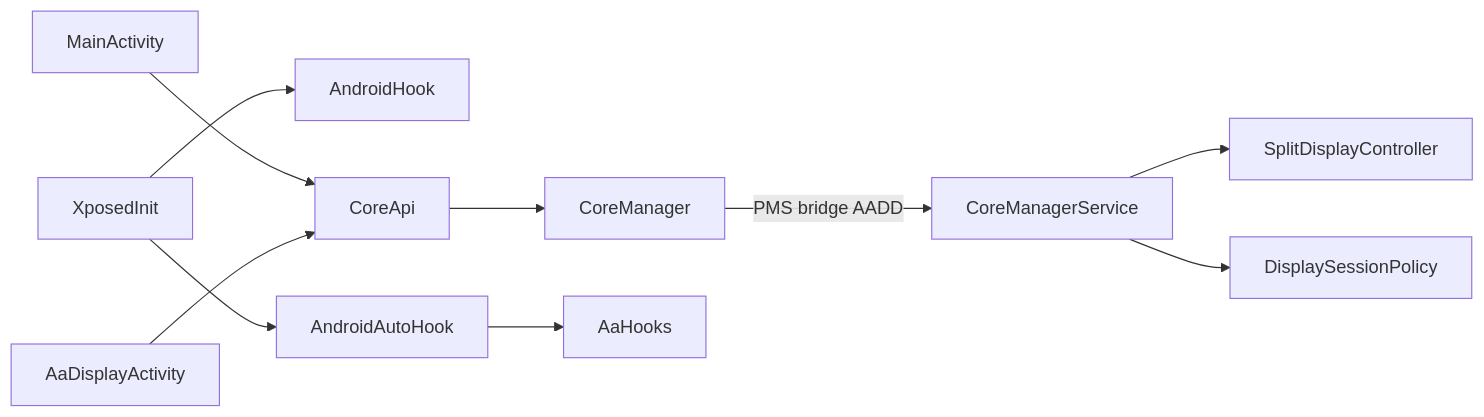
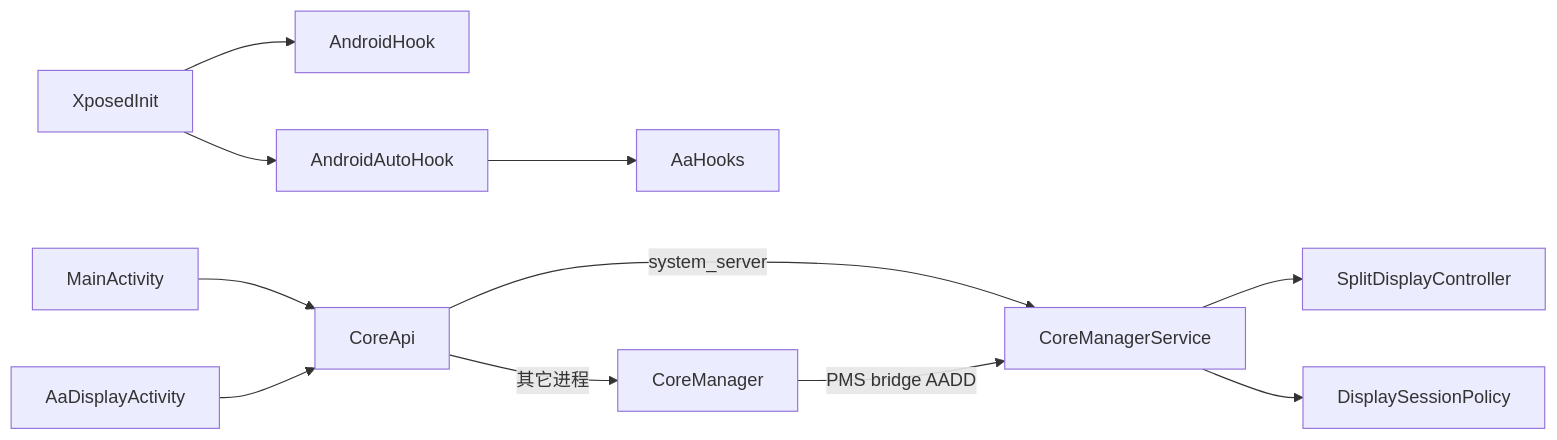
One commit to lagXkjy/AADisplay changed the diagram in AGENTS.md. Above: the diagram before and after it, drawn with Mermaid. The commit also changed other lines of this file and 3 other files, not shown here.

````diff
--- a/AGENTS.md
+++ b/AGENTS.md
@@ -56,12 +56,13 @@
 ```mermaid
 flowchart LR
   XposedInit --> AndroidHook
   XposedInit --> AndroidAutoHook
   MainActivity --> CoreApi
   AaDisplayActivity --> CoreApi
-  CoreApi --> CoreManager
+  CoreApi -->|"system_server"| CoreManagerService
+  CoreApi -->|"其它进程"| CoreManager
   CoreManager -->|"PMS bridge AADD"| CoreManagerService
   CoreManagerService --> SplitDisplayController
   CoreManagerService --> DisplaySessionPolicy
   AndroidAutoHook --> AaHooks
 ```
````
